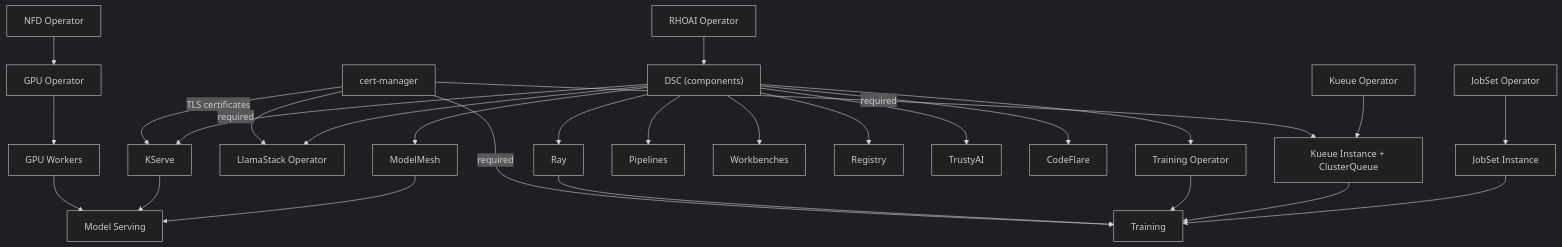
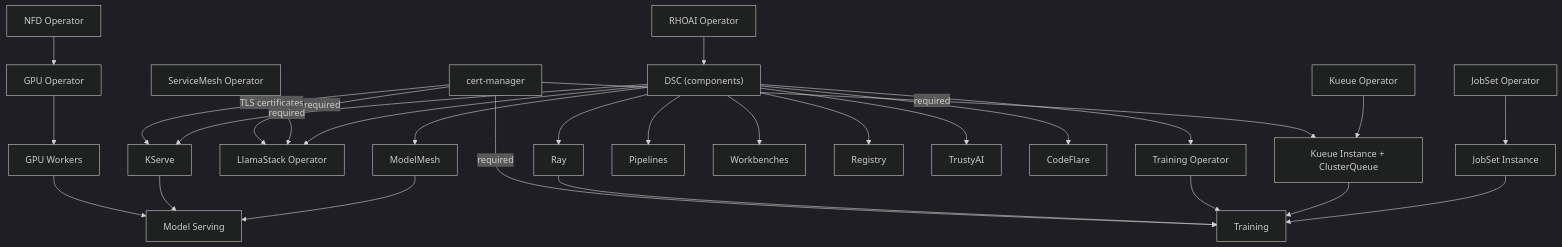
Before and after one commit to rrbanda/rhoai-deploy-gitops: the diagram in docs/capabilities/index.md, drawn with Mermaid (dark theme). The commit also changed other lines of this file and 28 other files, not shown here.

````diff
--- a/docs/capabilities/index.md
+++ b/docs/capabilities/index.md
@@ -20,29 +20,30 @@
 ```mermaid
 graph TD
   CertMgr["cert-manager"] -->|"TLS certificates"| KServe["KServe"]
   CertMgr -->|"required"| KueueInst["Kueue Instance + ClusterQueue"]
   CertMgr -->|"required"| Training["Training"]
   CertMgr -->|"required"| LlamaStackOp["LlamaStack Operator"]
+  ServiceMesh["ServiceMesh Operator"] -->|"required"| LlamaStackOp
   NFD["NFD Operator"] --> GPU["GPU Operator"]
   KueueOp["Kueue Operator"] --> KueueInst
   JobSetOp["JobSet Operator"] --> JobSetInst["JobSet Instance"]
   RHOAI["RHOAI Operator"] --> DSC["DSC (components)"]
   GPU --> GPUWorkers["GPU Workers"]
   DSC --> KServe
   DSC --> ModelMesh["ModelMesh"]
   DSC --> Pipelines["Pipelines"]
   DSC --> Workbenches["Workbenches"]
   DSC --> Registry["Registry"]
   DSC --> TrustyAI["TrustyAI"]
   DSC --> CodeFlare["CodeFlare"]
   DSC --> LlamaStackOp
   GPUWorkers --> ModelServing["Model Serving"]
   KServe --> ModelServing
   ModelMesh --> ModelServing
   DSC --> Ray["Ray"]
   DSC --> TrainOp["Training Operator"]
   Ray --> Training
   TrainOp --> Training
   KueueInst --> Training
   JobSetInst --> Training
 ```
````
